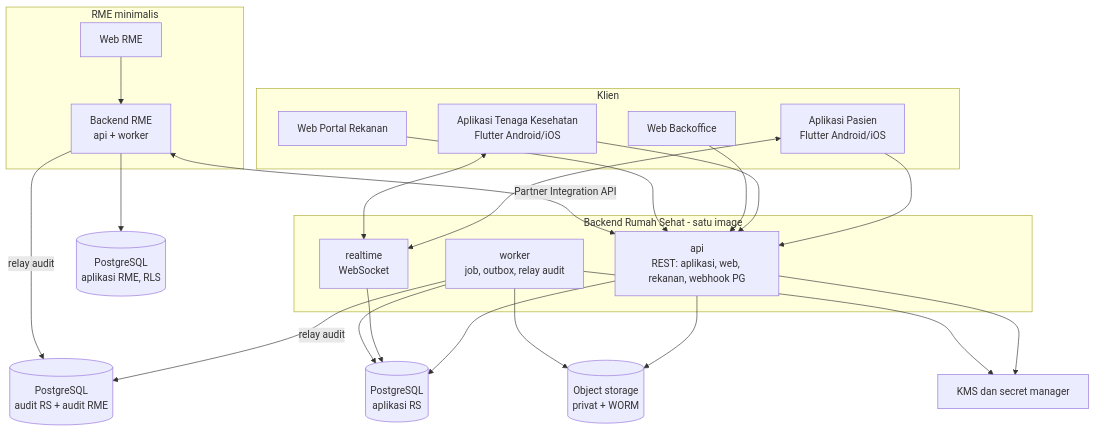
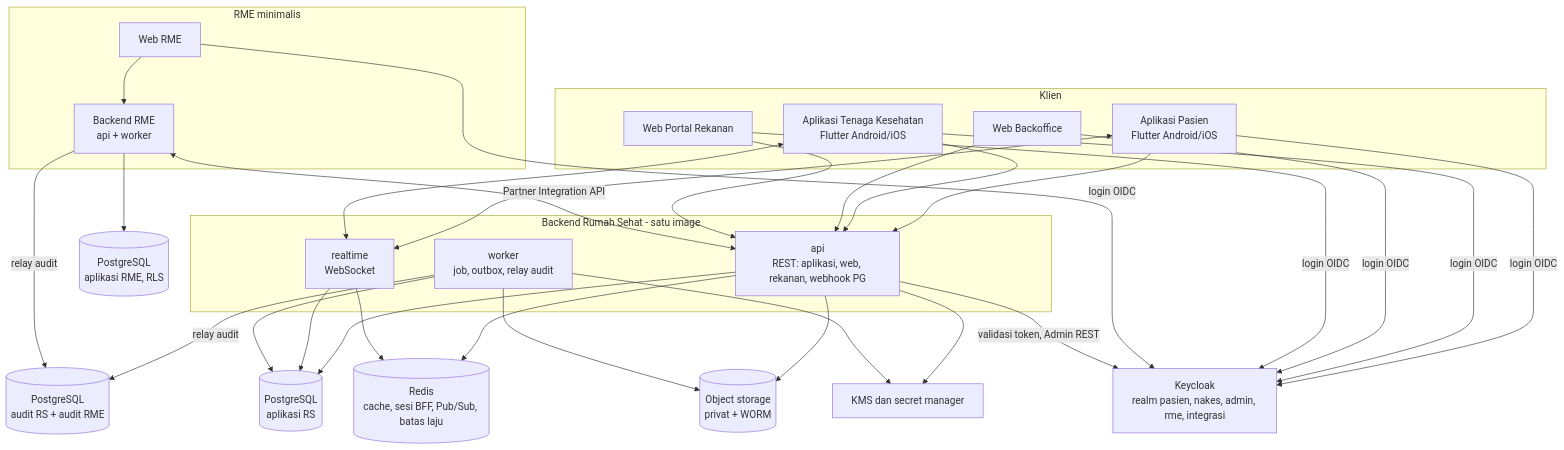
The second of 7 diagrams in docs/04-arsitektur.md (yuliandryfm/Rumah-Sehat), drawn with Mermaid before and after one commit. The commit also changed other lines of this file and 18 other files, not shown here.

First line of the commit message:
Tahap 4 (Arsitektur): Keycloak + Redis (T4-Q4), perbaikan fact-check bagian 1

````diff
--- a/docs/04-arsitektur.md
+++ b/docs/04-arsitektur.md
@@ -81,34 +83,40 @@
 ```mermaid
 flowchart TB
   subgraph Klien
     AP[Aplikasi Pasien<br/>Flutter Android/iOS]
     AN[Aplikasi Tenaga Kesehatan<br/>Flutter Android/iOS]
     BO[Web Backoffice]
     PR[Web Portal Rekanan]
   end
   subgraph RSB[Backend Rumah Sehat - satu image]
     API[api<br/>REST: aplikasi, web, rekanan, webhook PG]
     RT[realtime<br/>WebSocket]
     WK[worker<br/>job, outbox, relay audit]
   end
   DBRS[(PostgreSQL<br/>aplikasi RS)]
   DBA[(PostgreSQL<br/>audit RS + audit RME)]
   OS[(Object storage<br/>privat + WORM)]
   KMS[KMS dan secret manager]
+  KC[Keycloak<br/>realm pasien, nakes, admin, rme, integrasi]
+  RD[(Redis<br/>cache, sesi BFF, Pub/Sub, batas laju)]
   subgraph RMES[RME minimalis]
     RW[Web RME]
     RB[Backend RME<br/>api + worker]
   end
   DBRME[(PostgreSQL<br/>aplikasi RME, RLS)]
 
   AP & AN --> API
   AP & AN <--> RT
   BO & PR --> API
   API & RT & WK --> DBRS
   WK -->|relay audit| DBA
   API & WK --> OS
   API & WK --> KMS
+  AP & AN & BO & PR -->|login OIDC| KC
+  RW -->|login OIDC| KC
+  API & RT --> RD
+  API -->|validasi token, Admin REST| KC
   RW --> RB --> DBRME
   RB -->|relay audit| DBA
   RB <-->|Partner Integration API| API
 ```
````
